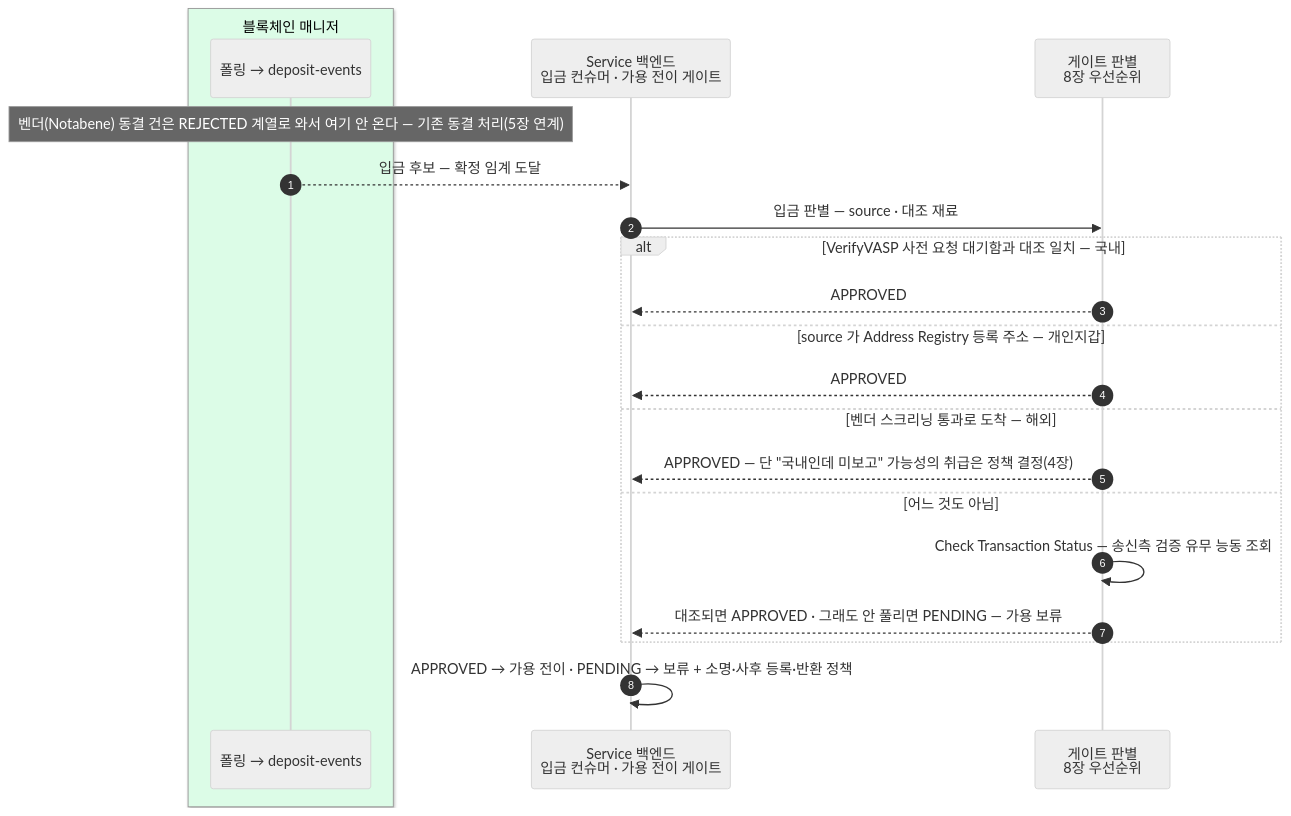
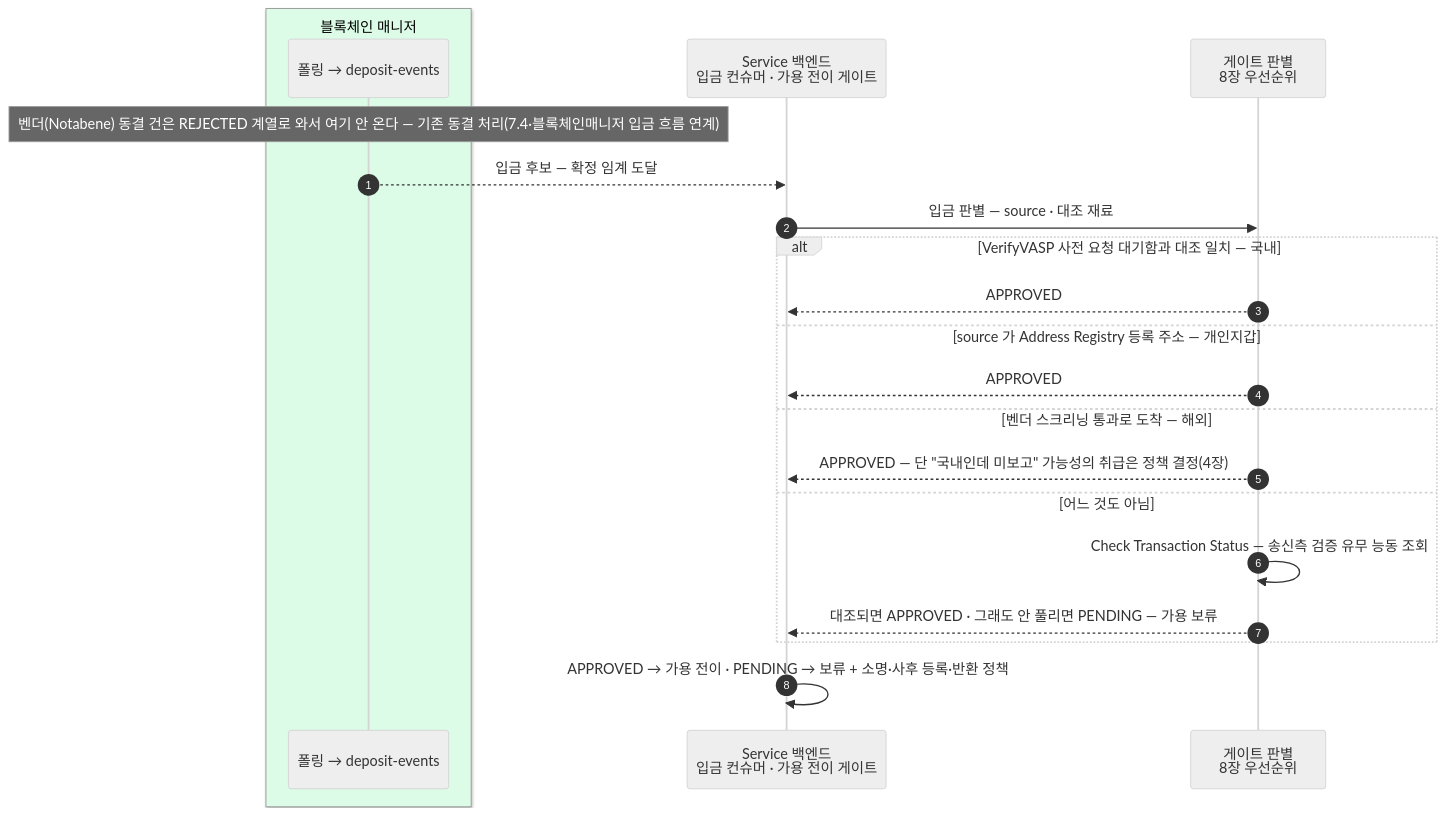
The fifth of 11 diagrams in blockchain-manager/docs/트래블룰/설계/07-scenarios.md (eunsujeo/eunpus), drawn with Mermaid (neutral theme) before and after one commit. The commit also changed other lines of this file and 7 other files, not shown here.

````diff
--- a/blockchain-manager/docs/트래블룰/설계/07-scenarios.md
+++ b/blockchain-manager/docs/트래블룰/설계/07-scenarios.md
@@ -120,24 +217,24 @@
 ```mermaid
 sequenceDiagram
     autonumber
     box rgb(220,252,231) 블록체인 매니저
     participant BM as 폴링 → deposit-events
     end
     participant BE as Service 백엔드<br/>입금 컨슈머 · 가용 전이 게이트
     participant GT as 게이트 판별<br/>8장 우선순위
 
-    Note over BM: 벤더(Notabene) 동결 건은 REJECTED 계열로 와서 여기 안 온다 — 기존 동결 처리(5장 연계)
+    Note over BM: 벤더(Notabene) 동결 건은 REJECTED 계열로 와서 여기 안 온다 — 기존 동결 처리(7.4·블록체인매니저 입금 흐름 연계)
     BM-->>BE: 입금 후보 — 확정 임계 도달
     BE->>GT: 입금 판별 — source · 대조 재료
     alt VerifyVASP 사전 요청 대기함과 대조 일치 — 국내
         GT-->>BE: APPROVED
     else source 가 Address Registry 등록 주소 — 개인지갑
         GT-->>BE: APPROVED
     else 벤더 스크리닝 통과로 도착 — 해외
         GT-->>BE: APPROVED — 단 "국내인데 미보고" 가능성의 취급은 정책 결정(4장)
     else 어느 것도 아님
         GT->>GT: Check Transaction Status — 송신측 검증 유무 능동 조회
         GT-->>BE: 대조되면 APPROVED · 그래도 안 풀리면 PENDING — 가용 보류
     end
     BE->>BE: APPROVED → 가용 전이 · PENDING → 보류 + 소명·사후 등록·반환 정책
 ```
````
